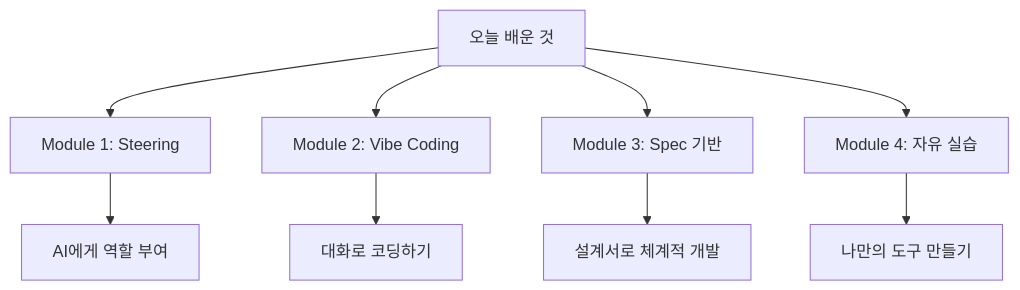
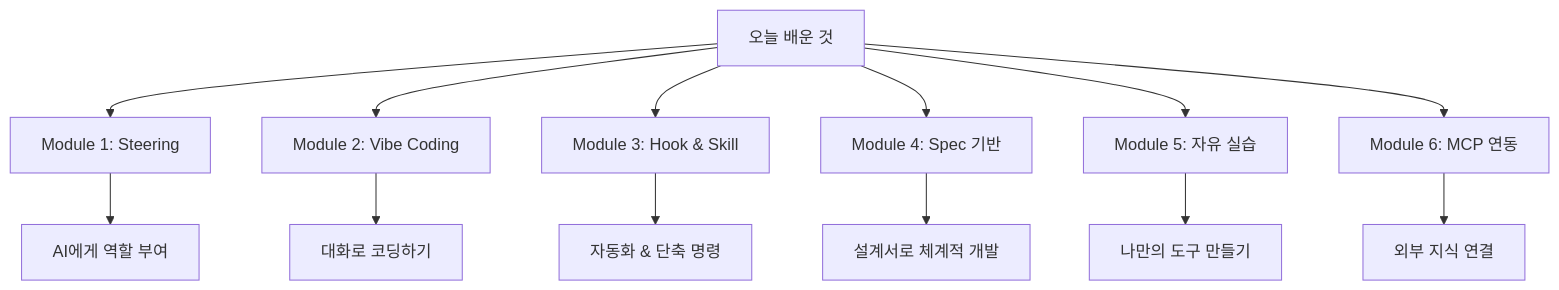
Before and after one commit to kshong05311129/kiro-workshop2: the diagram in summary/README.md, drawn with Mermaid. The commit also changed other lines of this file, not shown here.

Commit message:
docs: 마무리 페이지에 Module 3 Hook&Skill, Module 6 MCP 추가

````diff
--- a/summary/README.md
+++ b/summary/README.md
@@ -11,12 +11,16 @@
 ```mermaid
 graph TD
     A[오늘 배운 것] --> B[Module 1: Steering]
     A --> C[Module 2: Vibe Coding]
-    A --> D[Module 3: Spec 기반]
-    A --> E[Module 4: 자유 실습]
+    A --> D[Module 3: Hook & Skill]
+    A --> E[Module 4: Spec 기반]
+    A --> F[Module 5: 자유 실습]
+    A --> G[Module 6: MCP 연동]
     
     B --> B1[AI에게 역할 부여]
     C --> C1[대화로 코딩하기]
-    D --> D1[설계서로 체계적 개발]
-    E --> E1[나만의 도구 만들기]
+    D --> D1[자동화 & 단축 명령]
+    E --> E1[설계서로 체계적 개발]
+    F --> F1[나만의 도구 만들기]
+    G --> G1[외부 지식 연결]
 ```
````
